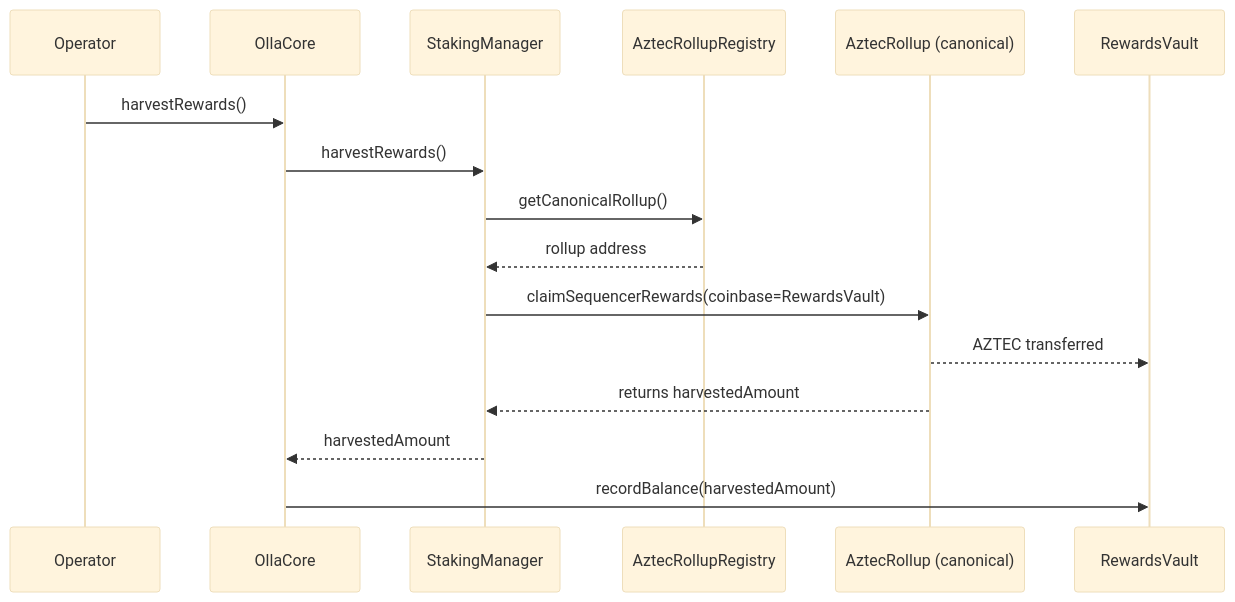
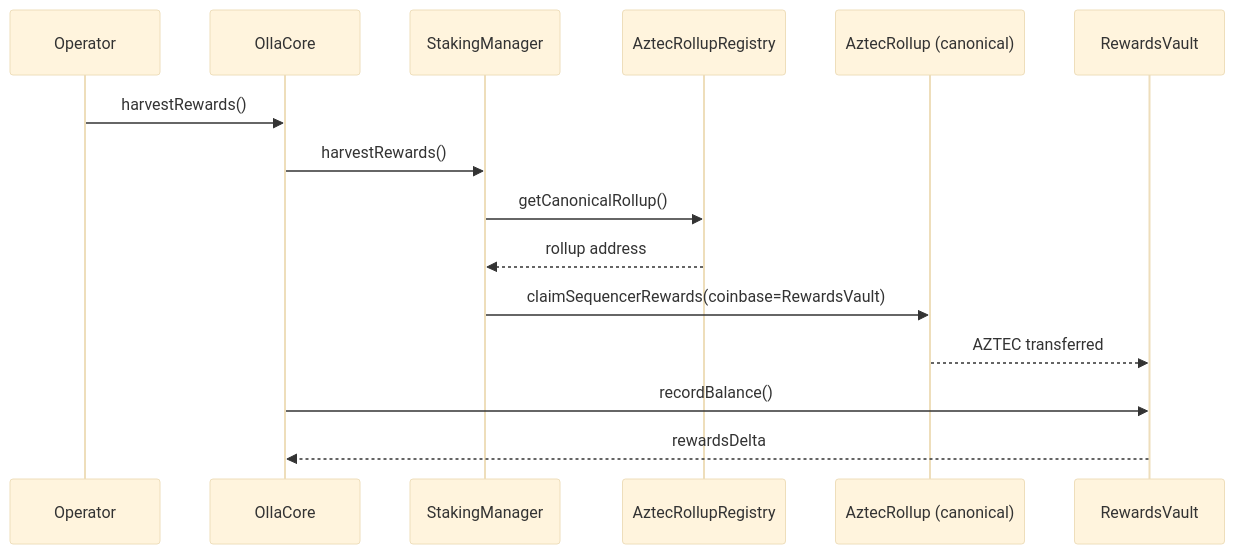
The fourth of 7 diagrams in mermaid-diagrams.md (ollafinance/core), drawn with Mermaid (base theme) before and after one commit. The commit also changed other lines of this file, not shown here.

Commit message:
update mermaid diagrams (#163)

````diff
--- a/mermaid-diagrams.md
+++ b/mermaid-diagrams.md
@@ -175,19 +175,18 @@
 ```mermaid
 sequenceDiagram
     participant OP as Operator
     participant C as OllaCore
     participant SM as StakingManager
     participant RR as AztecRollupRegistry
     participant AR as AztecRollup (canonical)
     participant RV as RewardsVault
 
     OP->>C: harvestRewards()
     C->>SM: harvestRewards()
     SM->>RR: getCanonicalRollup()
     RR-->>SM: rollup address
     SM->>AR: claimSequencerRewards(coinbase=RewardsVault)
     AR-->>RV: AZTEC transferred
-    AR-->>SM: returns harvestedAmount
-    SM-->>C: harvestedAmount
-    C->>RV: recordBalance(harvestedAmount)
+    C->>RV: recordBalance()
+    RV-->>C: rewardsDelta
 ```
````
